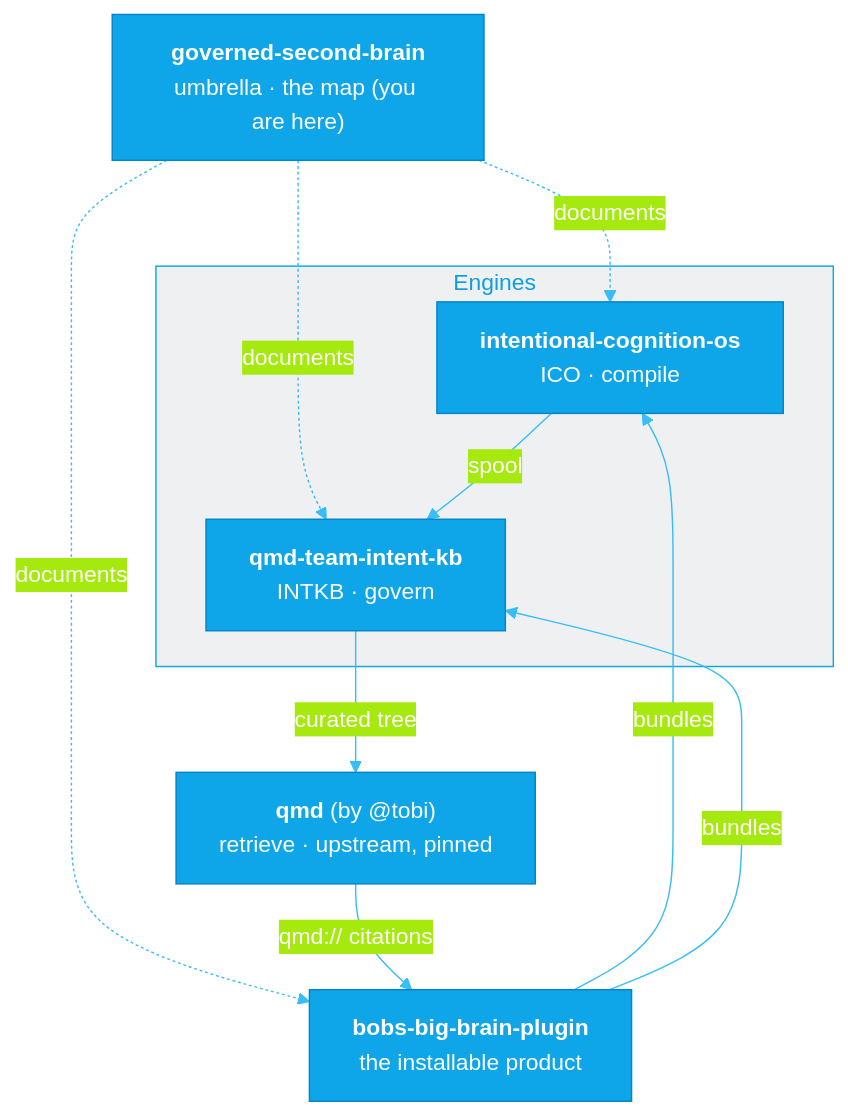
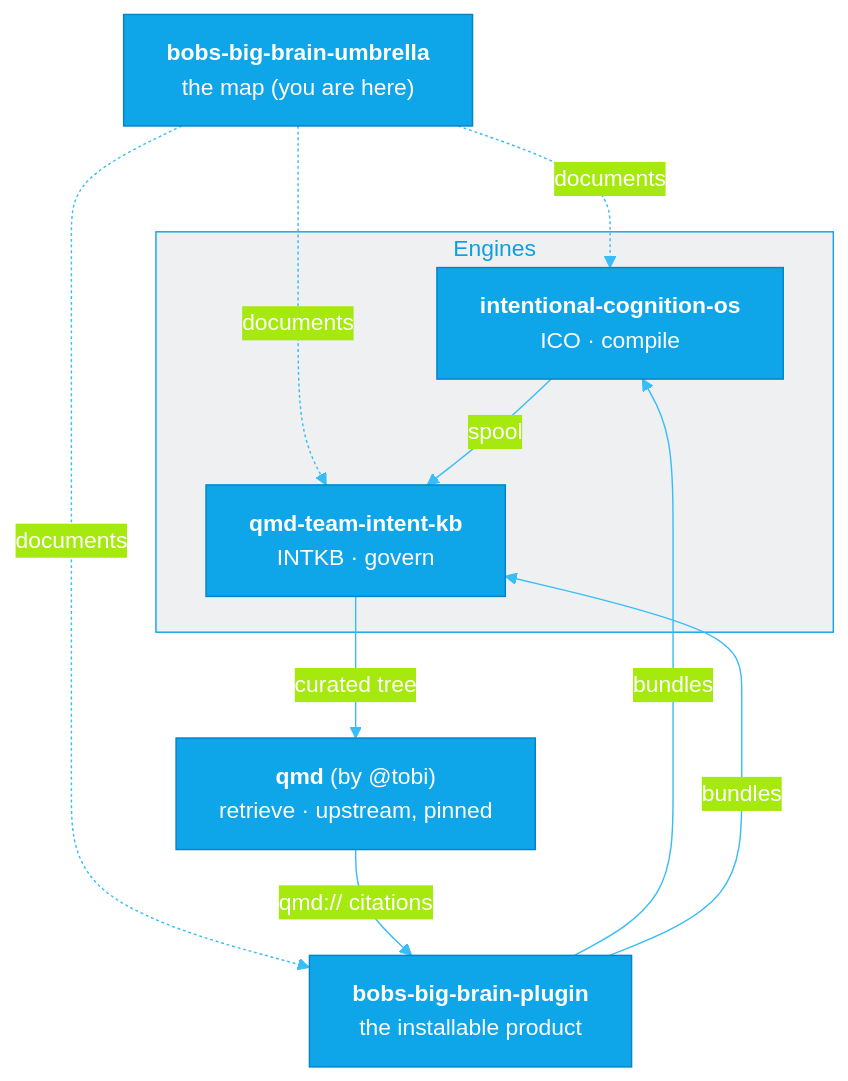
The first of 3 diagrams in README.md (intent-solutions-io/governed-second-brain), drawn with Mermaid before and after one commit. The commit also changed other lines of this file and 1 other file, not shown here.

````diff
--- a/README.md
+++ b/README.md
@@ -83,22 +87,22 @@
 ```mermaid
 %%{init: {'theme':'base','themeVariables':{
   'primaryColor':'#0ea5e9','primaryBorderColor':'#0284c7','primaryTextColor':'#ffffff',
   'lineColor':'#38bdf8','clusterBkg':'#0c192910','clusterBorder':'#0ea5e9'}}}%%
 flowchart TB
-    UMB["<b>governed-second-brain</b><br/>umbrella · the map (you are here)"]
+    UMB["<b>bobs-big-brain-umbrella</b><br/>the map (you are here)"]
     subgraph ENG["Engines"]
         ICO["<b>intentional-cognition-os</b><br/>ICO · compile"]
         INTKB["<b>qmd-team-intent-kb</b><br/>INTKB · govern"]
     end
     QMD["<b>qmd</b> (by @tobi)<br/>retrieve · upstream, pinned"]
     PLUG["<b>bobs-big-brain-plugin</b><br/>the installable product"]
 
     UMB -. documents .-> ICO
     UMB -. documents .-> INTKB
     UMB -. documents .-> PLUG
     PLUG -->|bundles| ICO
     PLUG -->|bundles| INTKB
     ICO -->|spool| INTKB
     INTKB -->|curated tree| QMD
     QMD -->|qmd:// citations| PLUG
 ```
````
